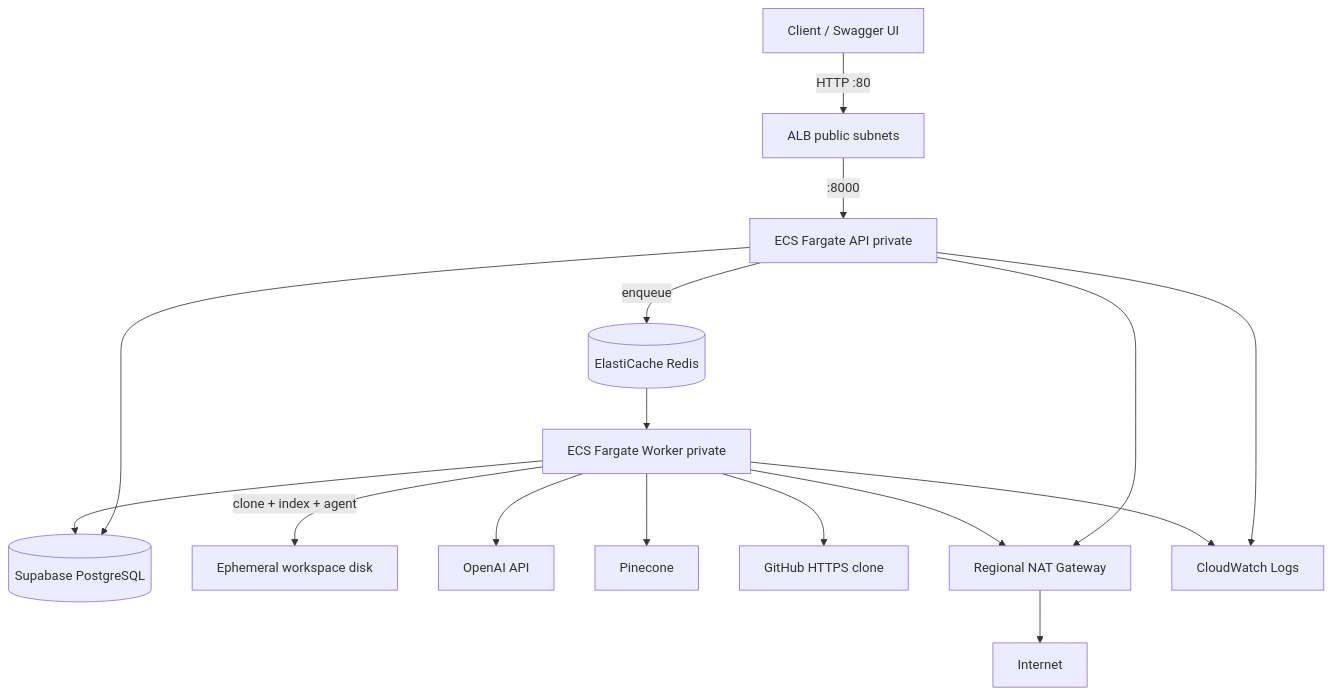
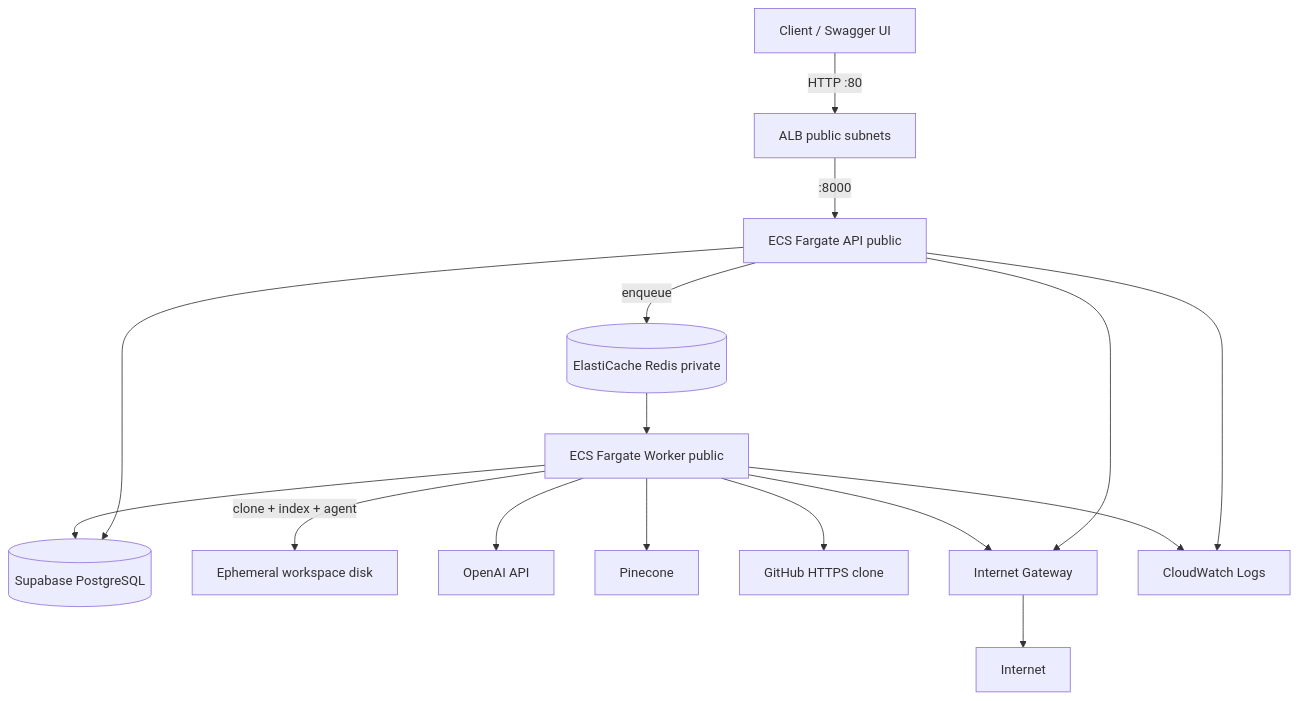
The diagram in docs/deploy-track.md (eli22443/ai-agent-platform), drawn with Mermaid before and after one commit. The commit also changed other lines of this file and 6 other files, not shown here.

````diff
--- a/docs/deploy-track.md
+++ b/docs/deploy-track.md
@@ -41,18 +41,18 @@
 ```mermaid
 flowchart TD
     Client["Client / Swagger UI"] -->|HTTP :80| ALB["ALB public subnets"]
-    ALB -->|:8000| API["ECS Fargate API private"]
-    API -->|enqueue| Redis[("ElastiCache Redis")]
+    ALB -->|:8000| API["ECS Fargate API public"]
+    API -->|enqueue| Redis[("ElastiCache Redis private")]
     API --> Supabase[("Supabase PostgreSQL")]
-    Redis --> Worker["ECS Fargate Worker private"]
+    Redis --> Worker["ECS Fargate Worker public"]
     Worker -->|clone + index + agent| WS["Ephemeral workspace disk"]
     Worker --> Supabase
     Worker --> OpenAI["OpenAI API"]
     Worker --> Pinecone["Pinecone"]
     Worker --> GitHub["GitHub HTTPS clone"]
-    API --> NAT["Regional NAT Gateway"]
-    Worker --> NAT
-    NAT --> Internet["Internet"]
+    API --> IGW["Internet Gateway"]
+    Worker --> IGW
+    IGW --> Internet["Internet"]
     API --> CW["CloudWatch Logs"]
     Worker --> CW
 ```
````
